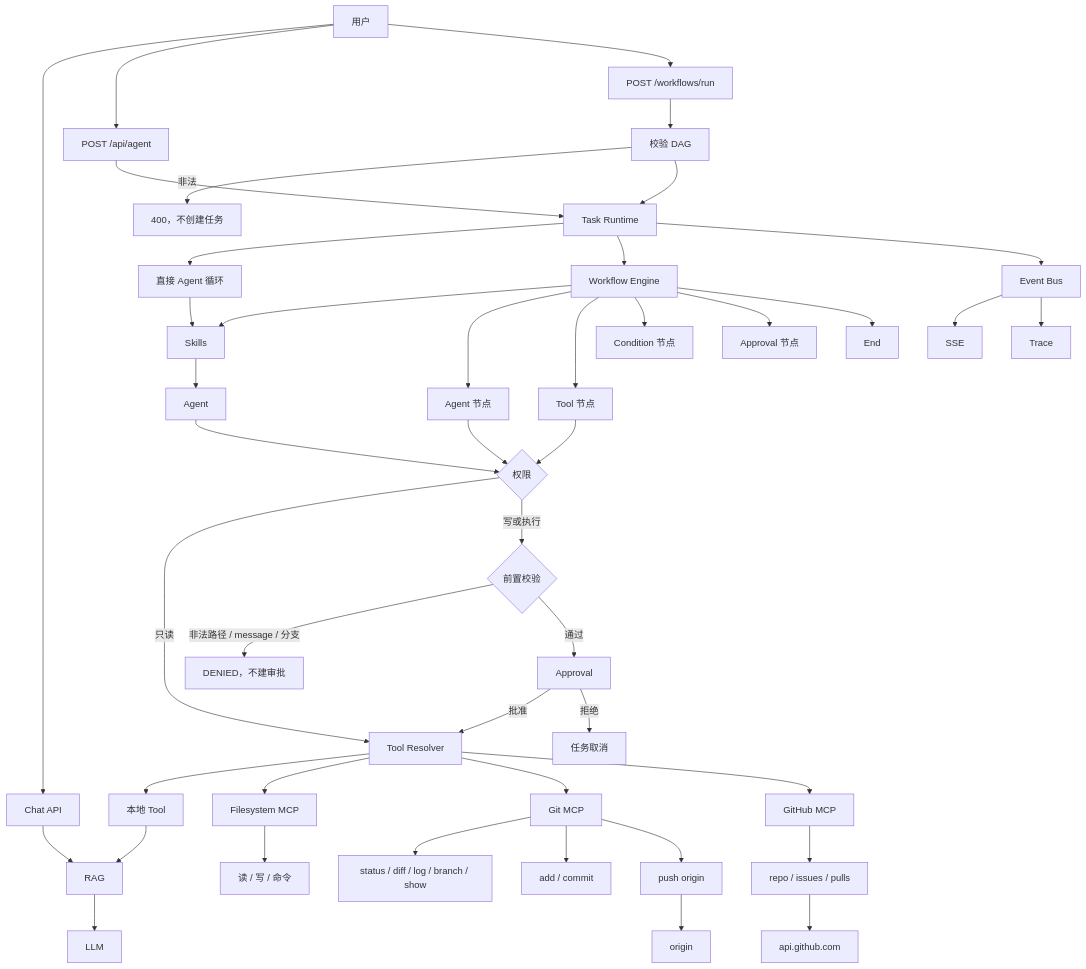
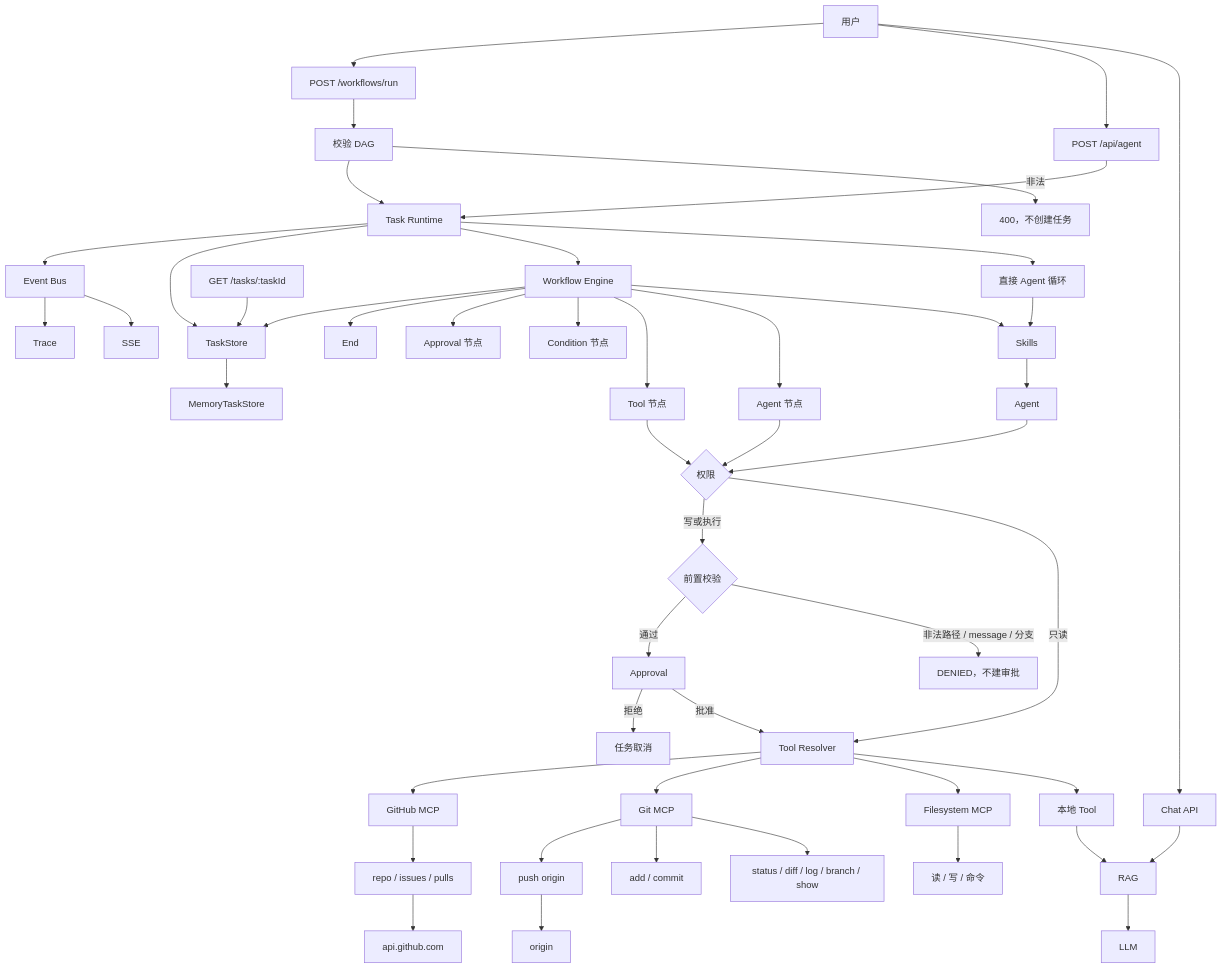
The diagram in README.md (WaitingChen0117/agent-workbench), drawn with Mermaid before and after one commit. The commit also changed other lines of this file and 2 other files, not shown here.

Commit message:
Add the v1.6.0 architecture as it existed when task state moved behind a store.

````diff
--- a/README.md
+++ b/README.md
@@ -22,45 +23,49 @@
 ```mermaid
 flowchart TB
   user["用户"] --> chat["Chat API"]
   user --> post["POST /api/agent"]
   user --> wf["POST /workflows/run"]
   chat --> rag["RAG"] --> llm["LLM"]
   wf --> validator["校验 DAG"]
   validator -->|非法| bad["400，不创建任务"]
   validator --> runtime["Task Runtime"]
   post --> runtime
   runtime --> direct["直接 Agent 循环"]
   runtime --> engine["Workflow Engine"]
   direct --> skills["Skills"]
   engine --> skills
   skills --> agent["Agent"]
   engine --> agentNode["Agent 节点"]
   engine --> toolNode["Tool 节点"]
   engine --> cond["Condition 节点"]
   engine --> apprNode["Approval 节点"]
   engine --> endNode["End"]
   agent --> gate{"权限"}
   agentNode --> gate
   toolNode --> gate
   gate -->|只读| resolver["Tool Resolver"]
   gate -->|写或执行| guard{"前置校验"}
   guard -->|非法路径 / message / 分支| denied["DENIED，不建审批"]
   guard -->|通过| approval["Approval"]
   approval -->|批准| resolver
   approval -->|拒绝| cancel["任务取消"]
   resolver --> local["本地 Tool"]
   resolver --> fsmcp["Filesystem MCP"]
   resolver --> gitmcp["Git MCP"]
   resolver --> ghmcp["GitHub MCP"]
   local --> rag
   fsmcp --> files["读 / 写 / 命令"]
   gitmcp --> gitRead["status / diff / log / branch / show"]
   gitmcp --> gitWrite["add / commit"]
   gitmcp --> push["push origin"]
   push --> origin["origin"]
   ghmcp --> gh["repo / issues / pulls"]
   gh --> api["api.github.com"]
+  runtime --> store["TaskStore"]
+  engine --> store
+  getTask["GET /tasks/:taskId"] --> store
+  store --> memory["MemoryTaskStore"]
   runtime --> bus["Event Bus"]
   bus --> sse["SSE"]
   bus --> trace["Trace"]
 ```
````
